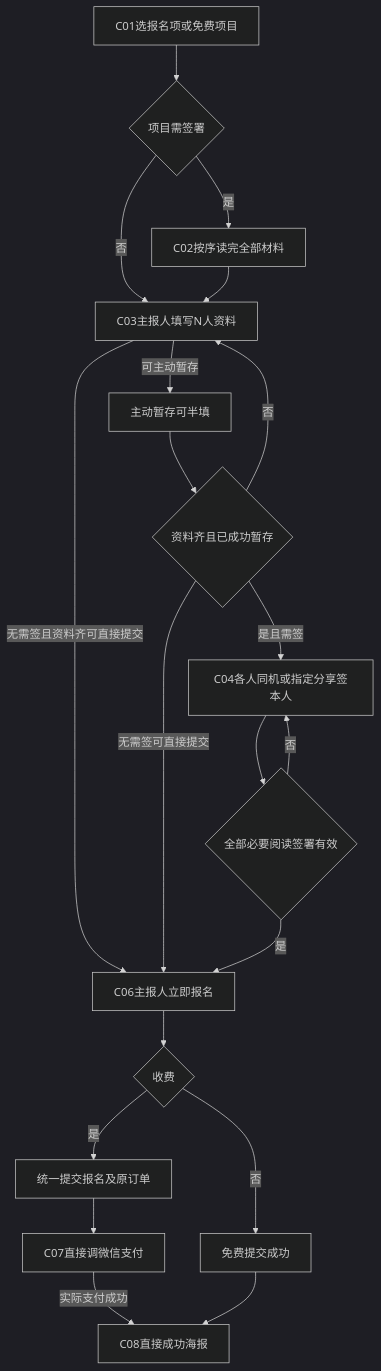
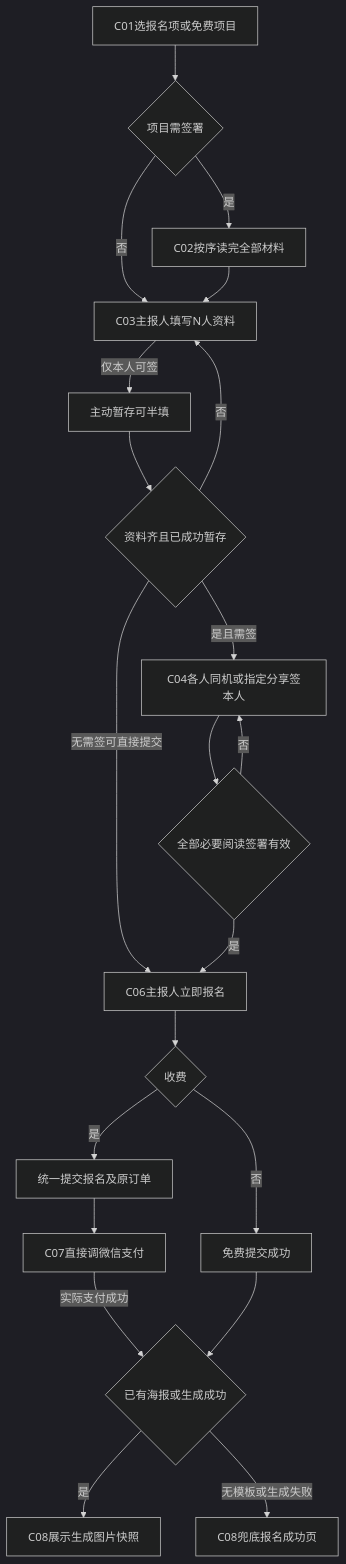
One commit to susantung/yanuoda changed the second of 8 diagrams in dev-test-versions/2026-event-registration-20261110/方案与需求/2026-event-registration-20261110/02-全程流程图.md. Above: the diagram before and after it, drawn with Mermaid (dark theme). The commit also changed other lines of this file and 19 other files, not shown here.

Commit message:
Unify event documentation menus and update confirmed registration flows

````diff
--- a/dev-test-versions/2026-event-registration-20261110/方案与需求/2026-event-registration-20261110/02-全程流程图.md
+++ b/dev-test-versions/2026-event-registration-20261110/方案与需求/2026-event-registration-20261110/02-全程流程图.md
@@ -51,36 +55,39 @@
 ```mermaid
 flowchart TD
  A[C01选报名项或免费项目]
  B{项目需签署}
  C[C02按序读完全部材料]
  D[C03主报人填写N人资料]
  E[主动暂存可半填]
  F{资料齐且已成功暂存}
  G[C04各人同机或指定分享签本人]
  H{全部必要阅读签署有效}
  I[C06主报人立即报名]
  J{收费}
  K[统一提交报名及原订单]
  L[C07直接调微信支付]
  M[免费提交成功]
- N[C08直接成功海报]
+ N{已有海报或生成成功}
+ O[C08展示生成图片快照]
+ P[C08兜底报名成功页]
  A --> B
  B -->|是| C
  B -->|否| D
  C --> D
- D -->|可主动暂存| E
- D -->|无需签且资料齐可直接提交| I
+ D -->|仅本人可签| E
  E --> F
  F -->|否| D
  F -->|是且需签| G
  F -->|无需签可直接提交| I
  G --> H
  H -->|否| G
  H -->|是| I
  I --> J
  J -->|是| K
  J -->|否| M
  K --> L
  L -->|实际支付成功| N
  M --> N
+ N -->|是| O
+ N -->|无模板或生成失败| P
 ```
````
